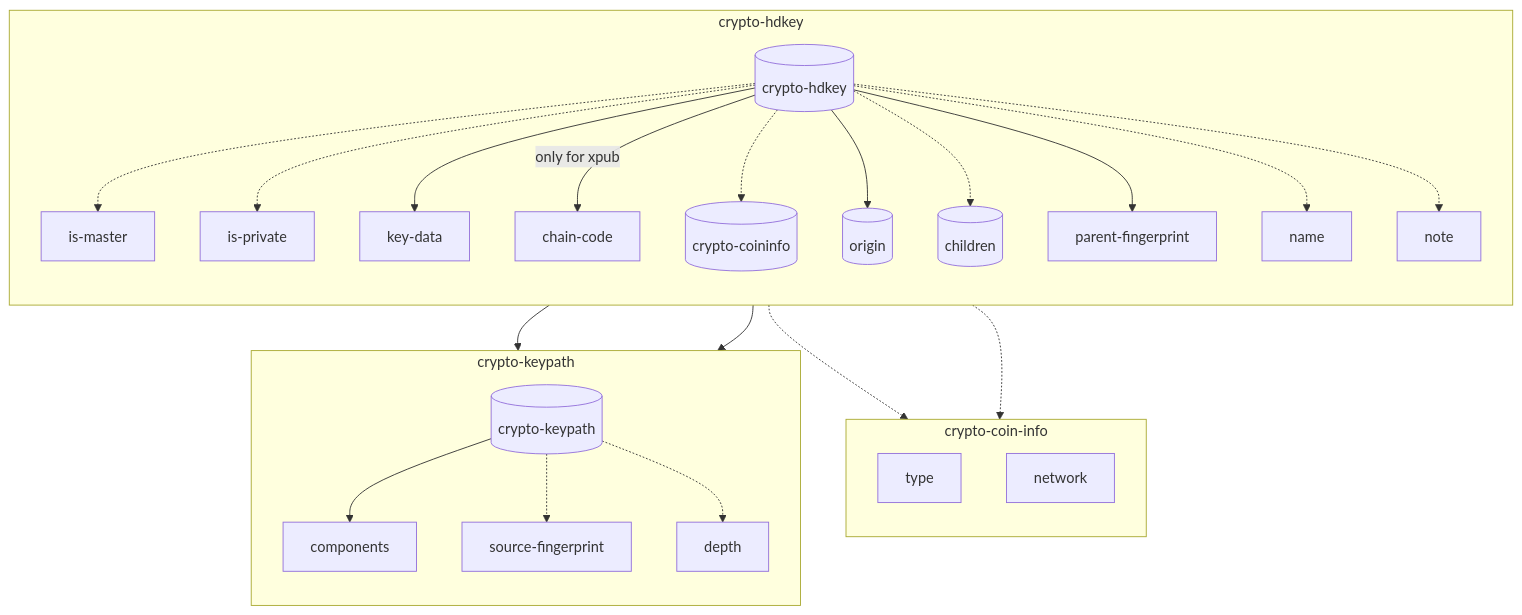
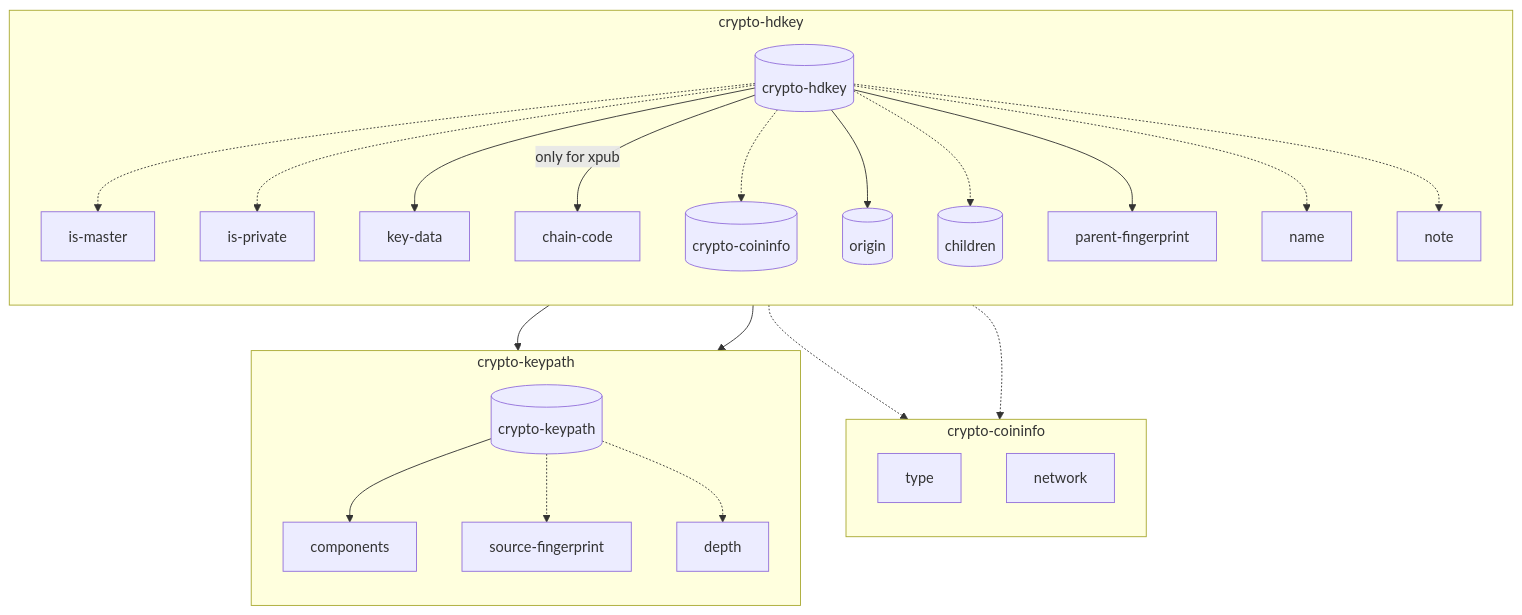
Before and after one commit to ngraveio/Research: the second of 4 diagrams in papers/nbcr-2023-002-multi-layer-sync.md, drawn with Mermaid. The commit also changed other lines of this file, not shown here.

Commit message:
Sync: Rename crypto-coin and crypto-sync-metadata to crypto-portfolio-coin and crypto-portfolio-metadata respectively

````diff
--- a/papers/nbcr-2023-002-multi-layer-sync.md
+++ b/papers/nbcr-2023-002-multi-layer-sync.md
@@ -136,34 +136,34 @@
 ```mermaid
 flowchart TB  
 	%% crypto-hdkey breakdown
 	subgraph crypto-hdkey
   direction TB
 	HD[(crypto-hdkey)] -.-> is-master
 	HD -.-> is-private
   HD --> key-data
   HD --> |only for xpub| chain-code
   HD -.-> Info[(crypto-coininfo)]
   HD --> origin[(origin)]
   HD -.-> children[(children)]
   HD --> parent-fingerprint
   HD -.-> name
   HD -.-> note
 	end
 
-  %% crypto-coin-info breakdown
-  subgraph crypto-coin-info
+  %% crypto-coininfo breakdown
+  subgraph crypto-coininfo
   direction TB
 	Info -.-> type
   Info -.-> network
 	end
 
   %% crypto-keypath breakdown
   children --> Keypath[(crypto-keypath)]
   origin --> Keypath[(crypto-keypath)]
   subgraph crypto-keypath
   direction TB
 	Keypath --> components
   Keypath -.-> source-fingerprint
   Keypath -.-> depth
 	end
 ```
````
